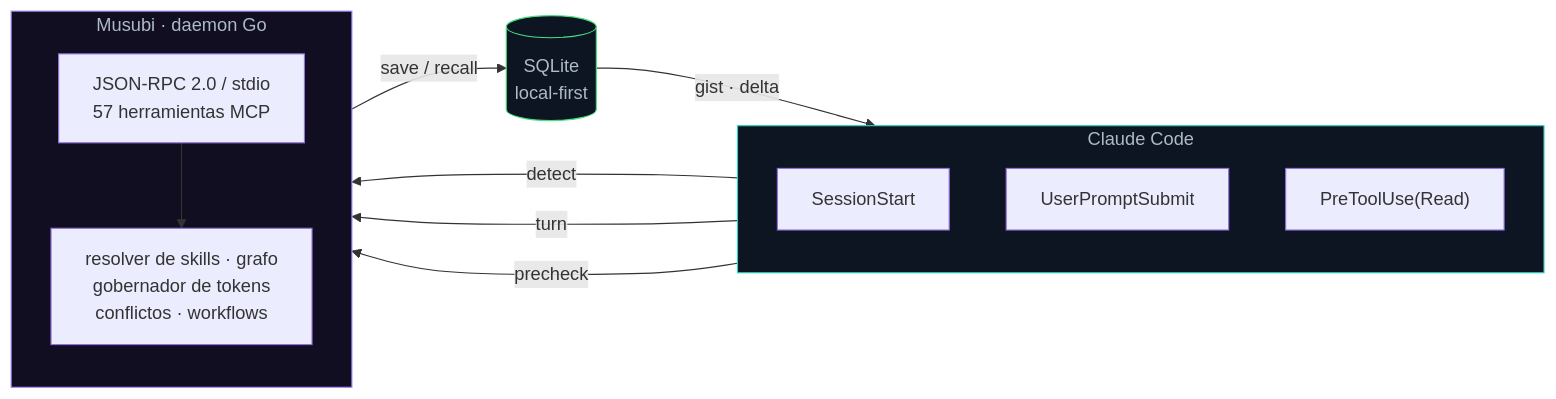
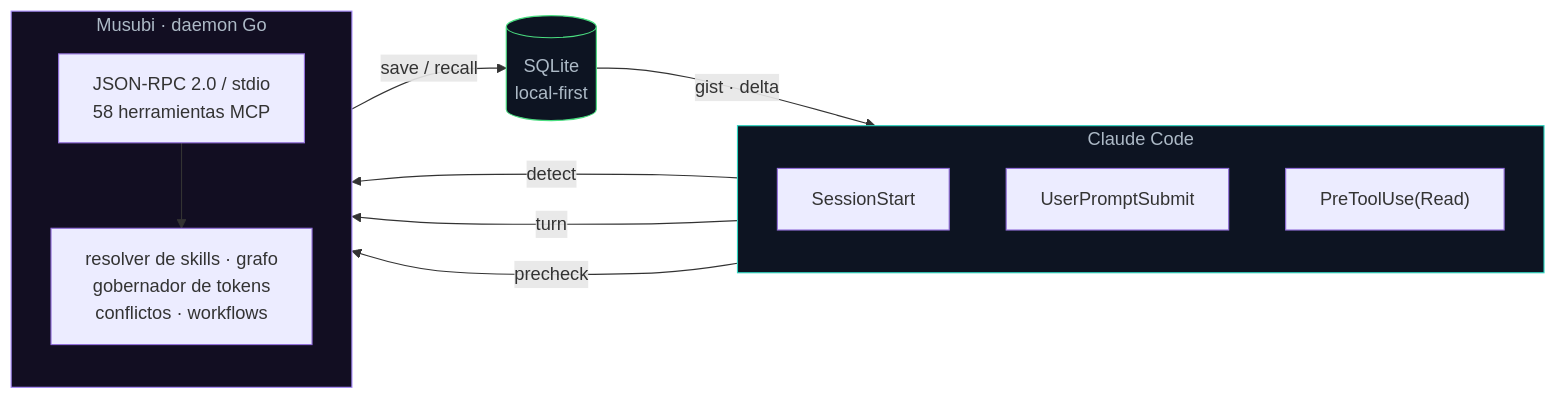
The first of 3 diagrams in README.md (codeabraham16/musubi), drawn with Mermaid before and after one commit. The commit also changed other lines of this file and 22 other files, not shown here.

````diff
--- a/README.md
+++ b/README.md
@@ -68,27 +68,27 @@
 ```mermaid
 flowchart LR
     subgraph CC["Claude Code"]
         direction TB
         H1["SessionStart"]
         H2["UserPromptSubmit"]
         H3["PreToolUse(Read)"]
     end
     subgraph M["Musubi · daemon Go"]
         direction TB
-        RPC["JSON-RPC 2.0 / stdio<br/>57 herramientas MCP"]
+        RPC["JSON-RPC 2.0 / stdio<br/>58 herramientas MCP"]
         COG["resolver de skills · grafo<br/>gobernador de tokens<br/>conflictos · workflows"]
     end
     DB[("SQLite<br/>local-first")]
 
     H1 -- "detect" --> RPC
     H2 -- "turn" --> RPC
     H3 -- "precheck" --> RPC
     RPC --> COG
     COG -- "save / recall" --> DB
     DB -- "gist · delta" --> CC
 
     classDef cc fill:#0d1422,stroke:#2dd4bf,color:#adbac7;
     classDef mm fill:#120e22,stroke:#a78bfa,color:#adbac7;
     classDef db fill:#0d1422,stroke:#4ade80,color:#adbac7;
     class CC cc; class M mm; class DB db;
 ```
````
